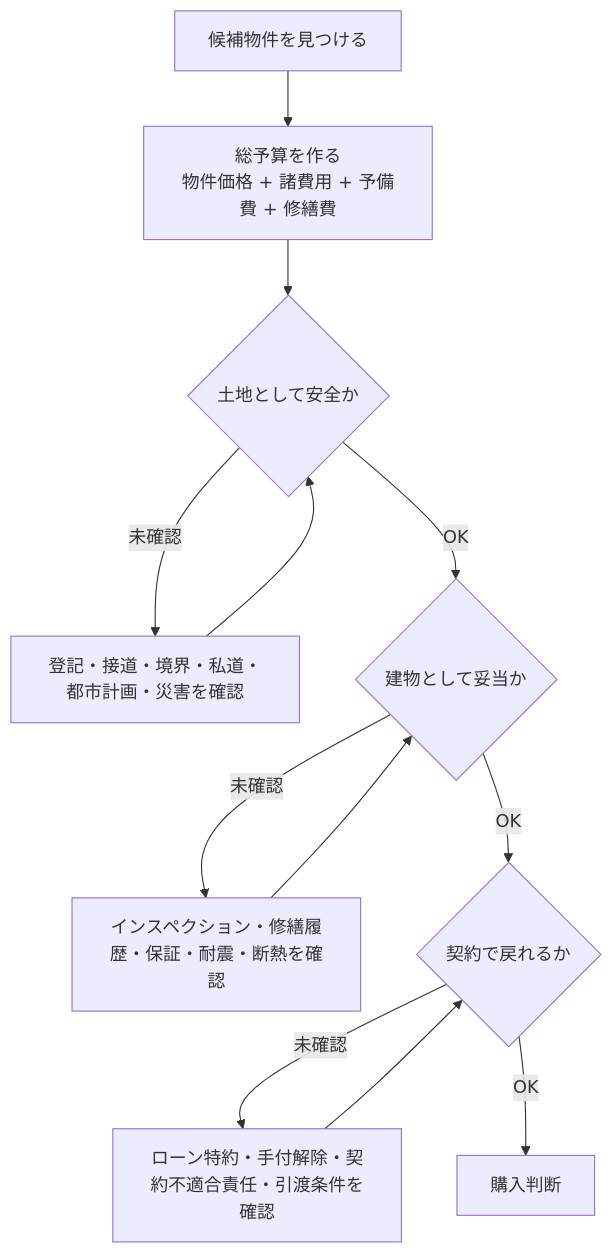
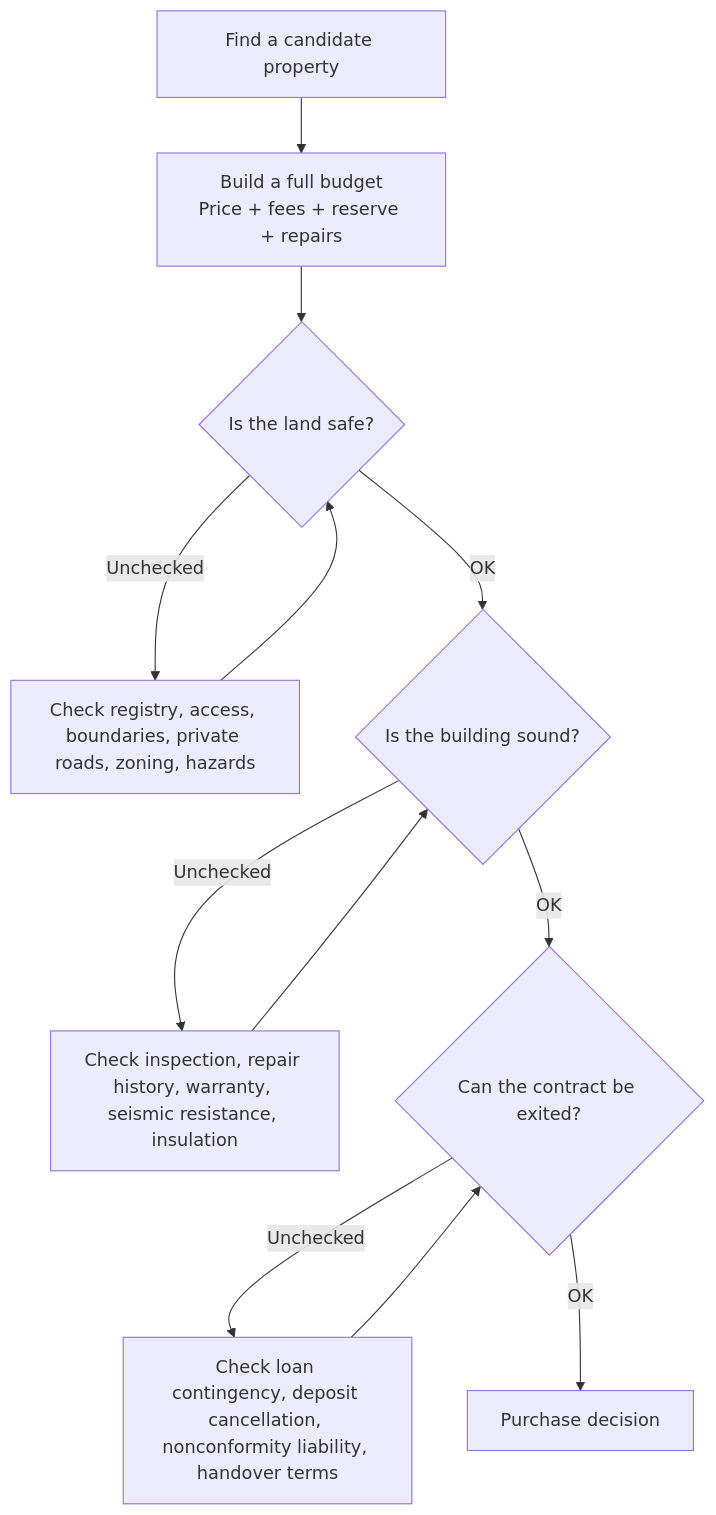
One commit to daylight55/research changed the first of 2 diagrams in content/blog/en/detached-house-purchase-checklist.mdx. Above: the diagram before and after it, drawn with Mermaid. The commit also changed other lines of this file and 26 other files, not shown here.

Commit message:
Translate English Mermaid labels

````diff
--- a/content/blog/en/detached-house-purchase-checklist.mdx
+++ b/content/blog/en/detached-house-purchase-checklist.mdx
@@ -31,14 +31,14 @@
 ```mermaid
 flowchart TD
-  A["候補物件を見つける"] --> B["総予算を作る<br/>物件価格 + 諸費用 + 予備費 + 修繕費"]
-  B --> C{"土地として安全か"}
-  C -->|未確認| C1["登記・接道・境界・私道・都市計画・災害を確認"]
-  C -->|OK| D{"建物として妥当か"}
-  D -->|未確認| D1["インスペクション・修繕履歴・保証・耐震・断熱を確認"]
-  D -->|OK| E{"契約で戻れるか"}
-  E -->|未確認| E1["ローン特約・手付解除・契約不適合責任・引渡条件を確認"]
-  E -->|OK| F["購入判断"]
+  A["Find a candidate property"] --> B["Build a full budget<br/>Price + fees + reserve + repairs"]
+  B --> C{"Is the land safe?"}
+  C -->|Unchecked| C1["Check registry, access, boundaries, private roads, zoning, hazards"]
+  C -->|OK| D{"Is the building sound?"}
+  D -->|Unchecked| D1["Check inspection, repair history, warranty, seismic resistance, insulation"]
+  D -->|OK| E{"Can the contract be exited?"}
+  E -->|Unchecked| E1["Check loan contingency, deposit cancellation, nonconformity liability, handover terms"]
+  E -->|OK| F["Purchase decision"]
   C1 --> C
   D1 --> D
   E1 --> E
 ```
````
